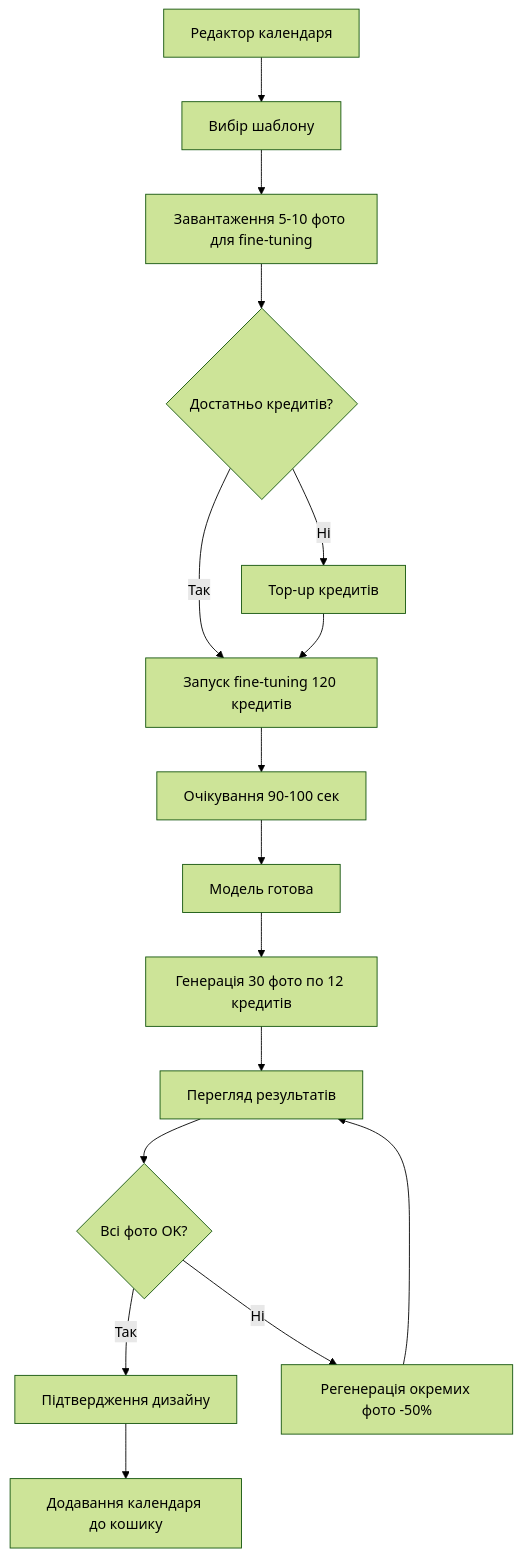
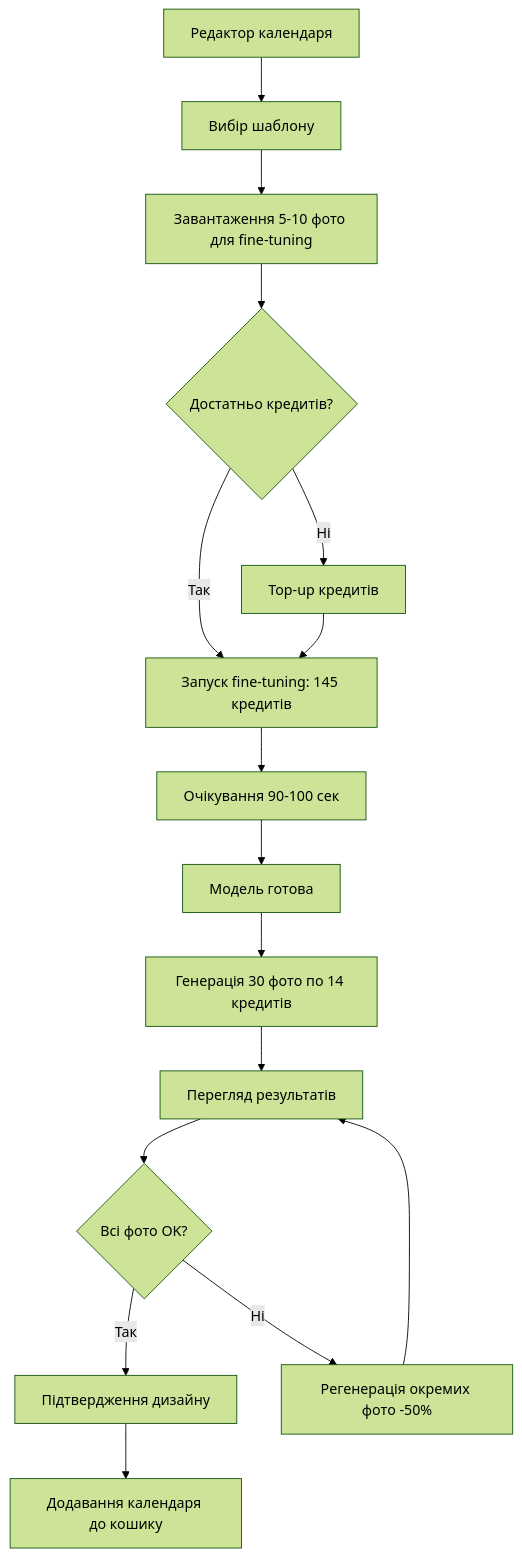
Before and after one commit to chernikov/Calendary: the second of 4 diagrams in docs/credits-monetization-system.md, drawn with Mermaid (forest theme). The commit also changed other lines of this file, not shown here.

First line of the commit message:
docs: оновлено систему кредитів - курс $1 = 50 кредитів

````diff
--- a/docs/credits-monetization-system.md
+++ b/docs/credits-monetization-system.md
@@ -237,18 +276,18 @@
 ```mermaid
 graph TD
     A[Редактор календаря] --> B[Вибір шаблону]
     B --> C[Завантаження 5-10 фото для fine-tuning]
     C --> D{Достатньо кредитів?}
-    D -->|Так| E[Запуск fine-tuning 120 кредитів]
+    D -->|Так| E[Запуск fine-tuning: 145 кредитів]
     D -->|Ні| F[Top-up кредитів]
     F --> E
     E --> G[Очікування 90-100 сек]
     G --> H[Модель готова]
-    H --> I[Генерація 30 фото по 12 кредитів]
+    H --> I[Генерація 30 фото по 14 кредитів]
     I --> J[Перегляд результатів]
     J --> K{Всі фото OK?}
     K -->|Так| L[Підтвердження дизайну]
     K -->|Ні| M[Регенерація окремих фото -50%]
     M --> J
     L --> N[Додавання календаря до кошику]
 ```
````
